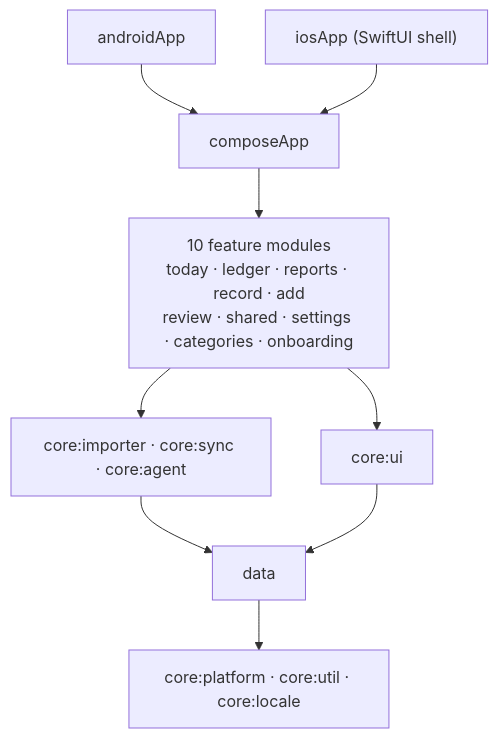
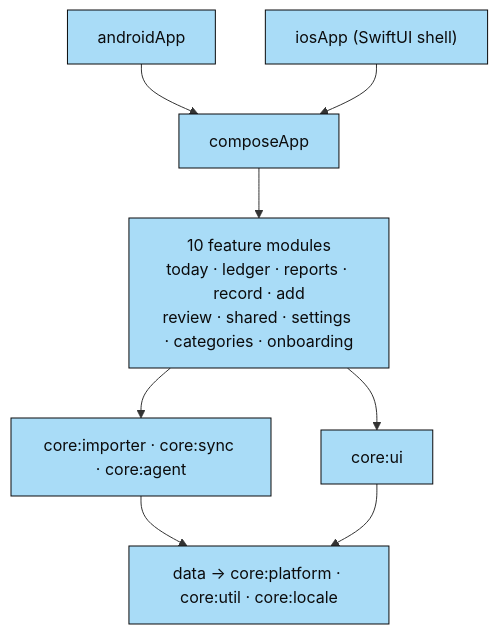
Before and after one commit to thawzintoe-ptut/paisen: the diagram in README.md, drawn with Mermaid. The commit also changed other lines of this file and 8 other files, not shown here.

````diff
--- a/README.md
+++ b/README.md
@@ -84,11 +83,12 @@
 ```mermaid
 graph TD
   androidApp --> composeApp
   iosApp["iosApp (SwiftUI shell)"] --> composeApp
   composeApp --> features["10 feature modules<br/>today · ledger · reports · record · add<br/>review · shared · settings · categories · onboarding"]
   features --> services["core:importer · core:sync · core:agent"]
   features --> ui["core:ui"]
-  services --> data
+  services --> data["data → core:platform · core:util · core:locale"]
   ui --> data
-  data --> base["core:platform · core:util · core:locale"]
+  classDef module fill:#A9DCF7,stroke:#0B0B0C,color:#0B0B0C
+  class androidApp,iosApp,composeApp,features,services,ui,data module
 ```
````
